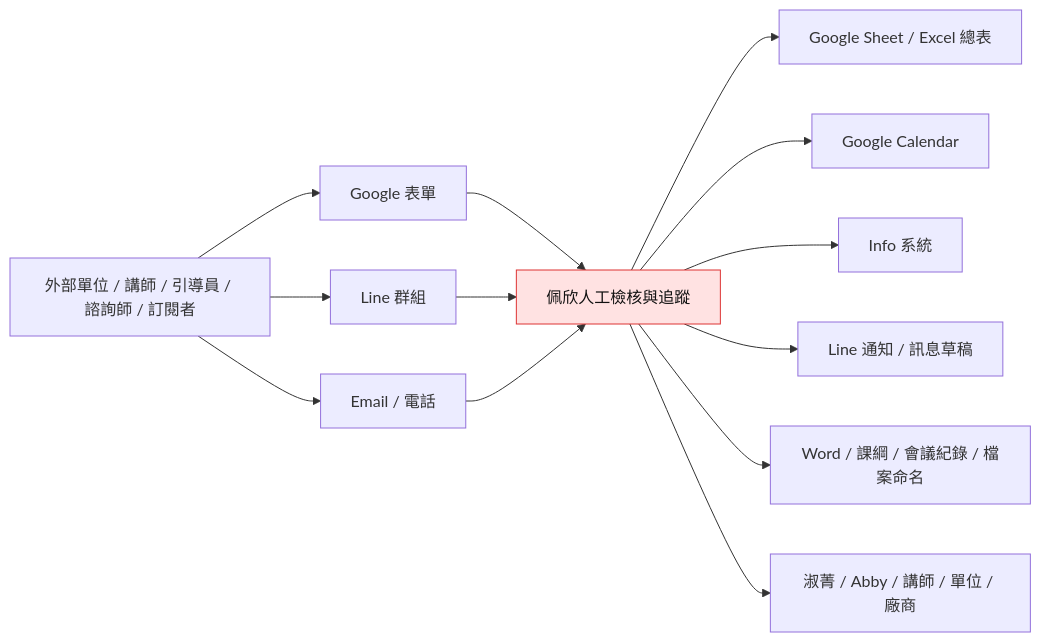
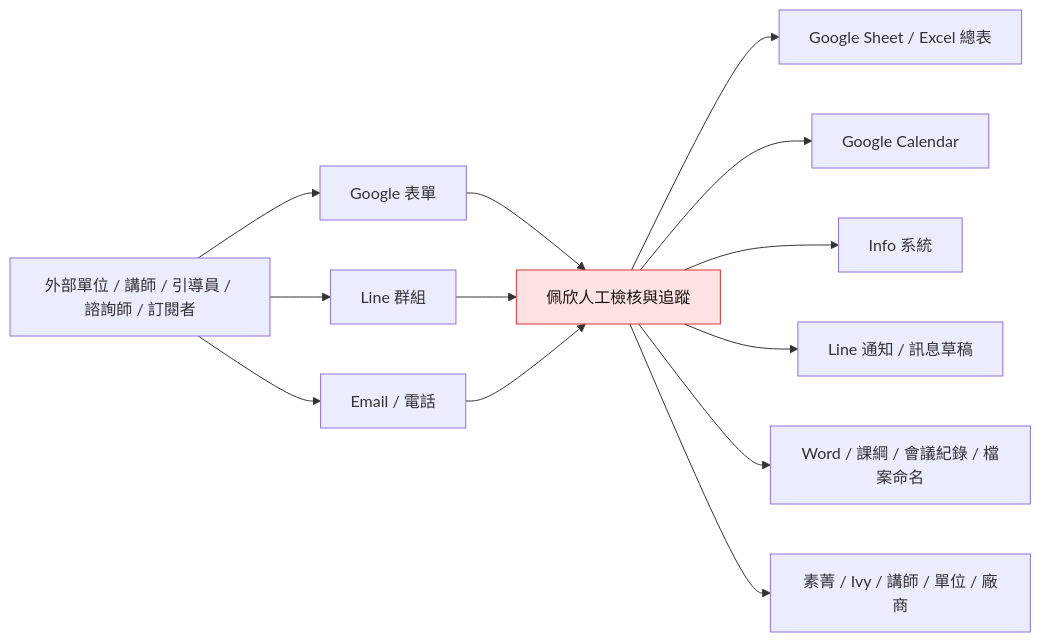
Before and after one commit to Kevin-Yeh-egroup/peixin-needs-automation-report: the first of 3 diagrams in peixin-needs-automation-analysis.md, drawn with Mermaid. The commit also changed other lines of this file and 1 other file, not shown here.

````diff
--- a/peixin-needs-automation-analysis.md
+++ b/peixin-needs-automation-analysis.md
@@ -15,18 +15,18 @@
 ```mermaid
 flowchart LR
   A[外部單位 / 講師 / 引導員 / 諮詢師 / 訂閱者] --> B[Google 表單]
   A --> C[Line 群組]
   A --> D[Email / 電話]
   B --> P[佩欣人工檢核與追蹤]
   C --> P
   D --> P
   P --> E[Google Sheet / Excel 總表]
   P --> F[Google Calendar]
   P --> G[Info 系統]
   P --> H[Line 通知 / 訊息草稿]
   P --> I[Word / 課綱 / 會議紀錄 / 檔案命名]
-  P --> J[淑菁 / Abby / 講師 / 單位 / 廠商]
+  P --> J[素菁 / Ivy / 講師 / 單位 / 廠商]
 
   classDef pain fill:#ffe2e2,stroke:#d33,color:#111;
   class P pain;
 ```
````
